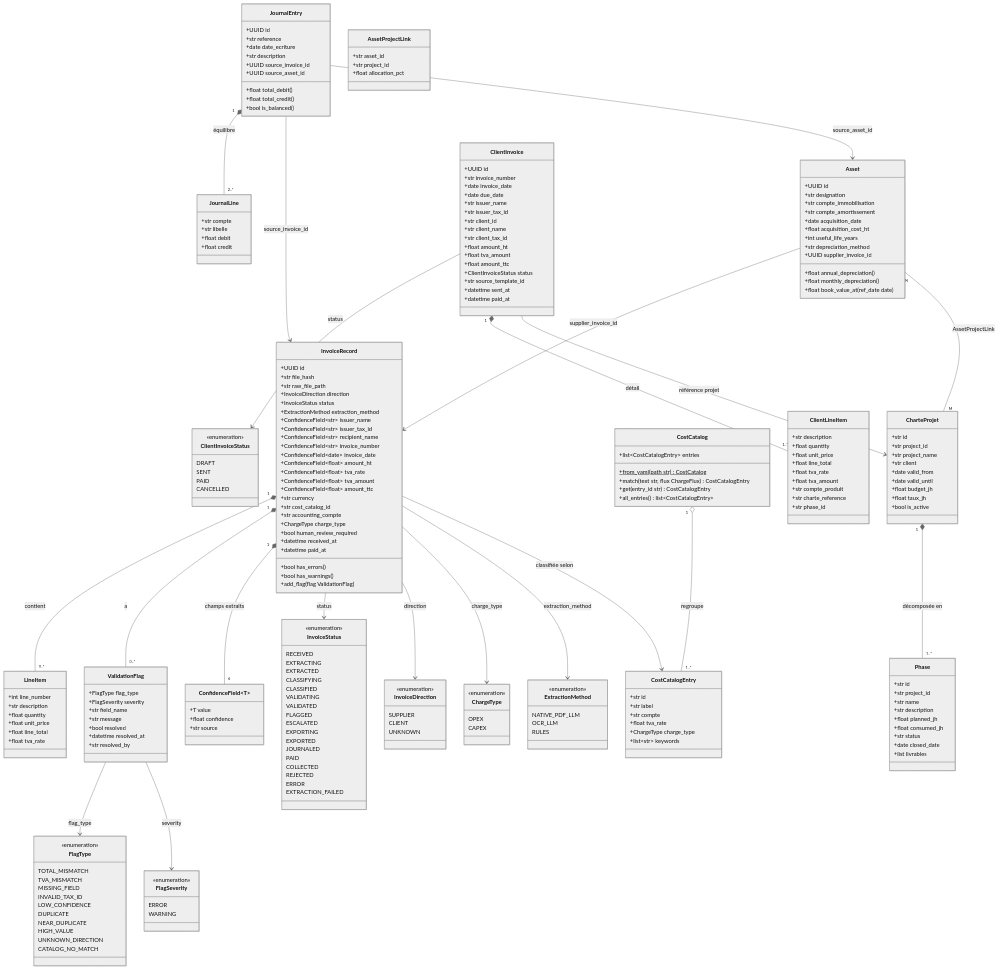
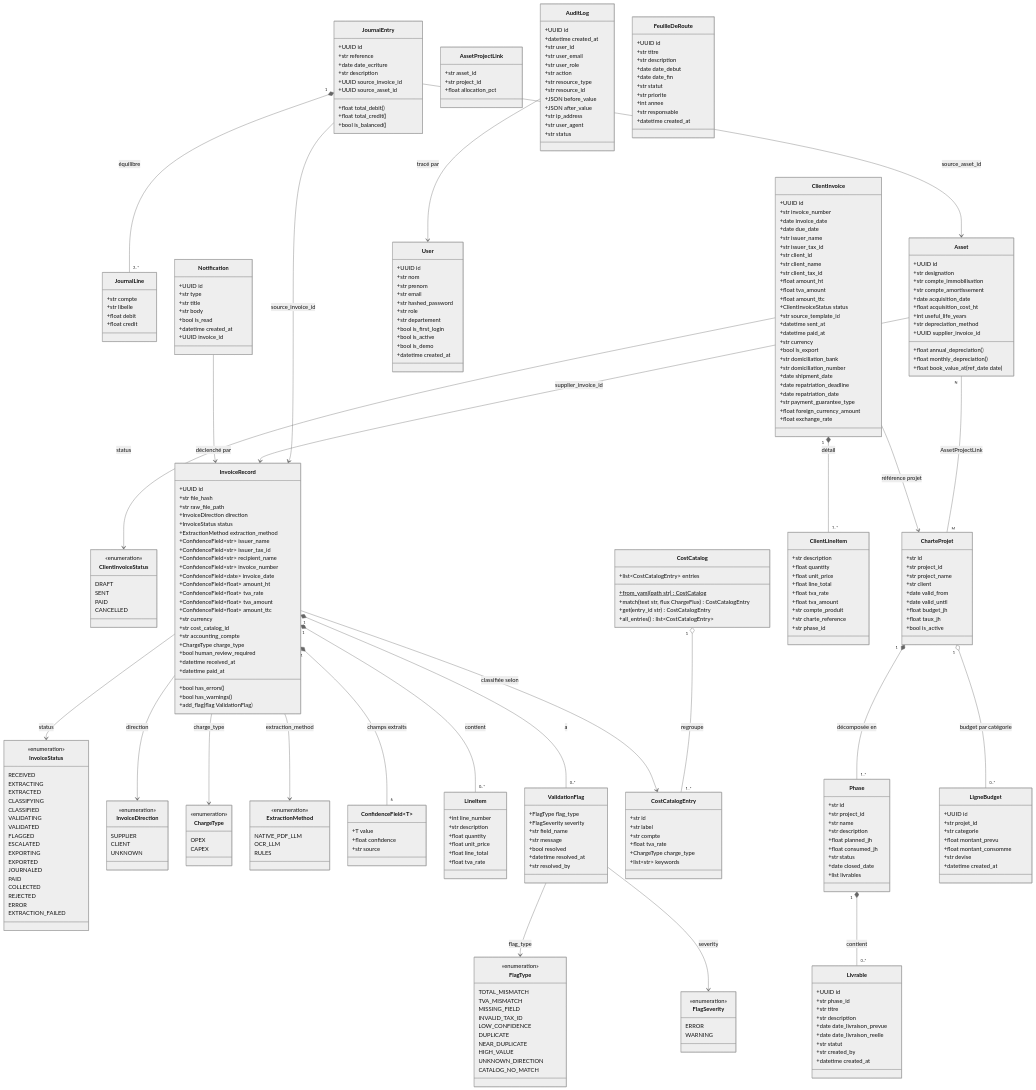
One commit to bayaCh05/biat-billing-agent changed the diagram in docs/class_diagram.md. Above: the diagram before and after it, drawn with Mermaid (neutral theme). The commit also changed other lines of this file, not shown here.

Commit message:
docs: update class diagram with all new models (v3 → v4)
Add 6 new classes reflecting this weekend's features:
- User: id, nom, prenom, email, role, departement, is_first_login,
  is_active, is_demo
- AuditLog: full BCT audit trail with before_value/after_value JSON,
  user_id, resource_type/id, ip_address, status
- Notification: type, title, body, is_read, invoice_id FK
- Livrable: phase_id FK, titre, statut, date_livraison_prevue/reelle
- LigneBudget: projet_id, categorie, montant_prevu, montant_consomme,
  devise
- FeuilleDeRoute: titre, date_debut/fin, statut, priorite, annee,
  responsable

Update ClientInvoice: add 10 BCT export compliance fields (currency,
is_export, domiciliation_bank/number, shipment_date,
repatriation_deadline/date, payment_guarantee_type,
foreign_currency_amount, exchange_rate).

Add relations: Phase *-- Livrable, CharteProjet o-- LigneBudget,
AuditLog --> User, Notification --> InvoiceRecord.

Update module legend table.

````diff
--- a/docs/class_diagram.md
+++ b/docs/class_diagram.md
@@ -229,6 +229,16 @@
     +str source_template_id
     +datetime sent_at
     +datetime paid_at
+    +str currency
+    +bool is_export
+    +str domiciliation_bank
+    +str domiciliation_number
+    +date shipment_date
+    +date repatriation_deadline
+    +date repatriation_date
+    +str payment_guarantee_type
+    +float foreign_currency_amount
+    +float exchange_rate
 }
 
 %% ══════════════════════════════════════════════
@@ -263,6 +273,93 @@
     +str asset_id
     +str project_id
     +float allocation_pct
+}
+
+%% ══════════════════════════════════════════════
+%%  UTILISATEURS & SÉCURITÉ
+%% ══════════════════════════════════════════════
+
+class User {
+    +UUID id
+    +str nom
+    +str prenom
+    +str email
+    +str hashed_password
+    +str role
+    +str departement
+    +bool is_first_login
+    +bool is_active
+    +bool is_demo
+    +datetime created_at
+}
+
+class AuditLog {
+    +UUID id
+    +datetime created_at
+    +str user_id
+    +str user_email
+    +str user_role
+    +str action
+    +str resource_type
+    +str resource_id
+    +JSON before_value
+    +JSON after_value
+    +str ip_address
+    +str user_agent
+    +str status
+}
+
+%% ══════════════════════════════════════════════
+%%  NOTIFICATIONS
+%% ══════════════════════════════════════════════
+
+class Notification {
+    +UUID id
+    +str type
+    +str title
+    +str body
+    +bool is_read
+    +datetime created_at
+    +UUID invoice_id
+}
+
+%% ══════════════════════════════════════════════
+%%  PROJETS — LIVRABLES & BUDGET
+%% ══════════════════════════════════════════════
+
+class Livrable {
+    +UUID id
+    +str phase_id
+    +str titre
+    +str description
+    +date date_livraison_prevue
+    +date date_livraison_reelle
+    +str statut
+    +str created_by
+    +datetime created_at
+}
+
+class LigneBudget {
+    +UUID id
+    +str projet_id
+    +str categorie
+    +float montant_prevu
+    +float montant_consomme
+    +str devise
+    +datetime created_at
+}
+
+class FeuilleDeRoute {
+    +UUID id
+    +str titre
+    +str description
+    +date date_debut
+    +date date_fin
+    +str statut
+    +str priorite
+    +int annee
+    +str responsable
+    +datetime created_at
 }
 
 %% ══════════════════════════════════════════════
@@ -302,4 +399,10 @@
 
 %% Projets
 CharteProjet "1" *-- "1..*" Phase : décomposée en
+Phase "1" *-- "0..*" Livrable : contient
+CharteProjet "1" o-- "0..*" LigneBudget : budget par catégorie
+
+%% Sécurité & audit
+AuditLog --> User : tracé par
+Notification --> InvoiceRecord : déclenché par
 ```
````
